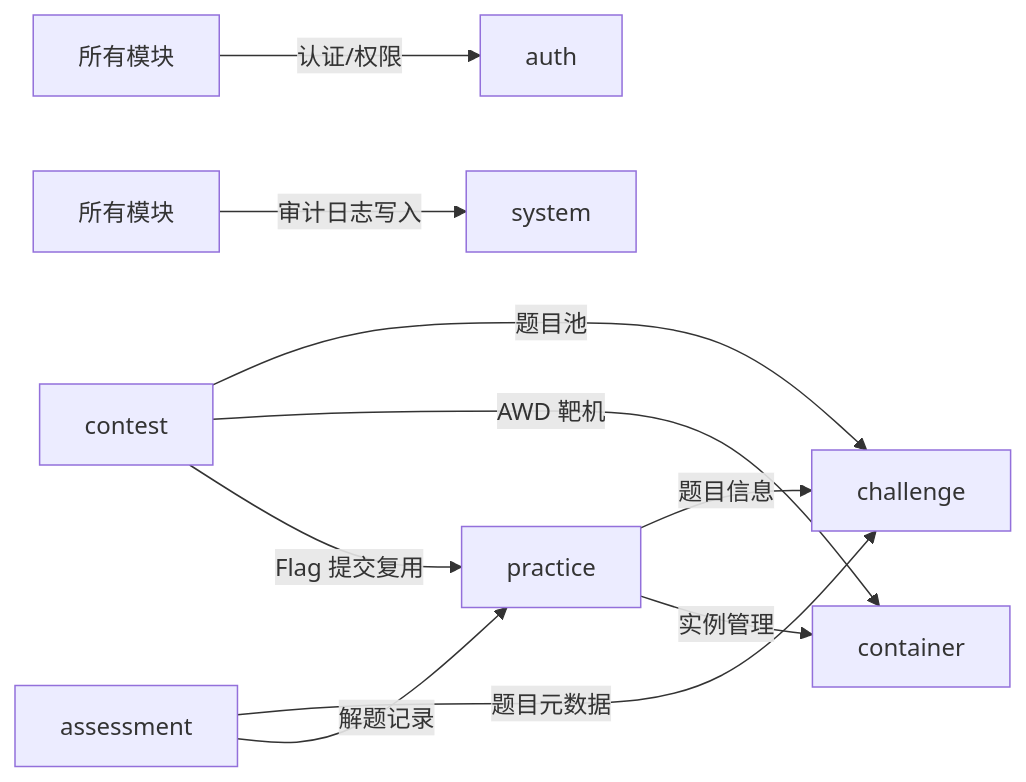
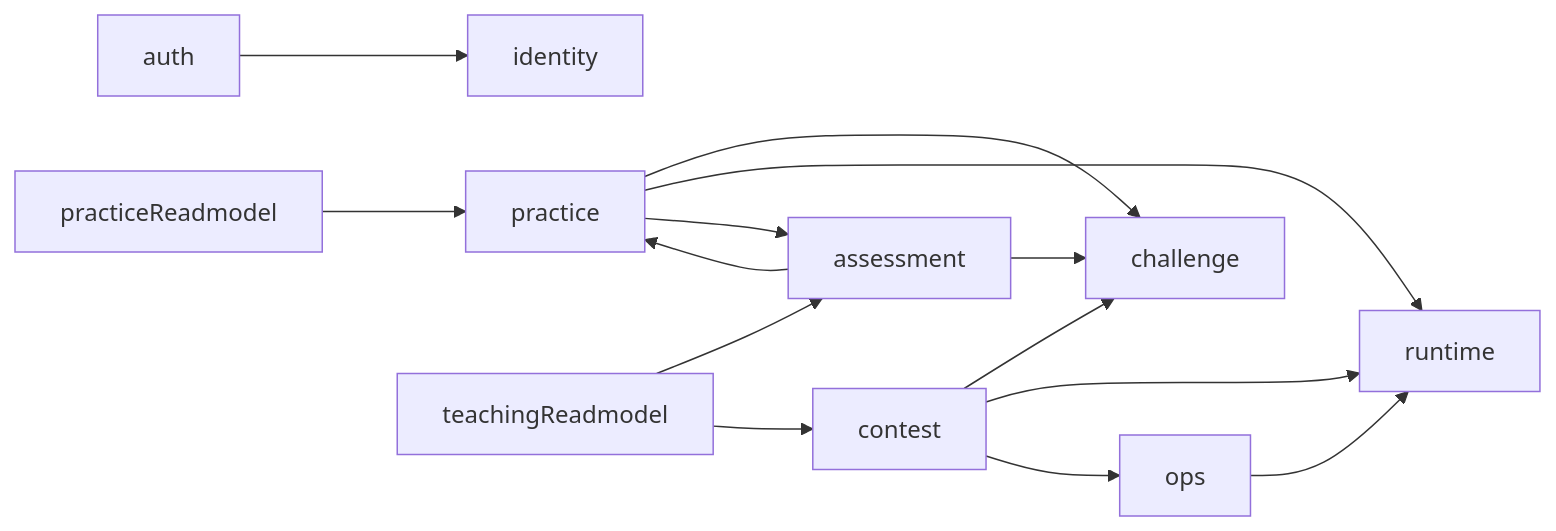
Before and after one commit to architectcgz/ctf: the third of 7 diagrams in docs/architecture/backend/01-system-architecture.md, drawn with Mermaid. The commit also changed other lines of this file and 397 other files, not shown here.

````diff
--- a/docs/architecture/backend/01-system-architecture.md
+++ b/docs/architecture/backend/01-system-architecture.md
@@ -329,12 +125,16 @@
 ```mermaid
 flowchart LR
-    allModules["所有模块"] -->|"认证/权限"| auth
-    practice -->|"题目信息"| challenge
-    contest -->|"题目池"| challenge
-    assessment -->|"题目元数据"| challenge
-    practice -->|"实例管理"| container
-    contest -->|"AWD 靶机"| container
-    contest -->|"Flag 提交复用"| practice
-    assessment -->|"解题记录"| practice
-    allModules2["所有模块"] -->|"审计日志写入"| system
+    auth --> identity
+    practice --> challenge
+    practice --> runtime
+    practice --> assessment
+    contest --> challenge
+    contest --> runtime
+    contest --> ops
+    assessment --> challenge
+    assessment --> practice
+    practiceReadmodel --> practice
+    teachingReadmodel --> assessment
+    teachingReadmodel --> contest
+    ops --> runtime
 ```
````
